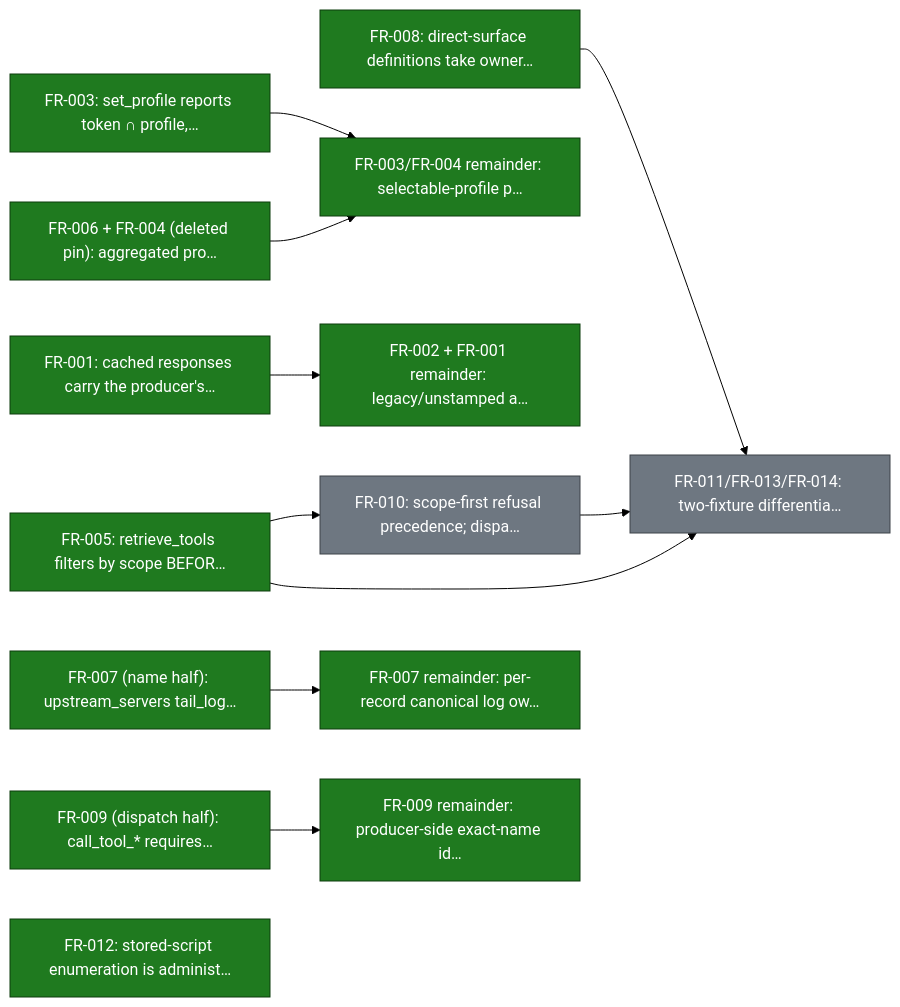
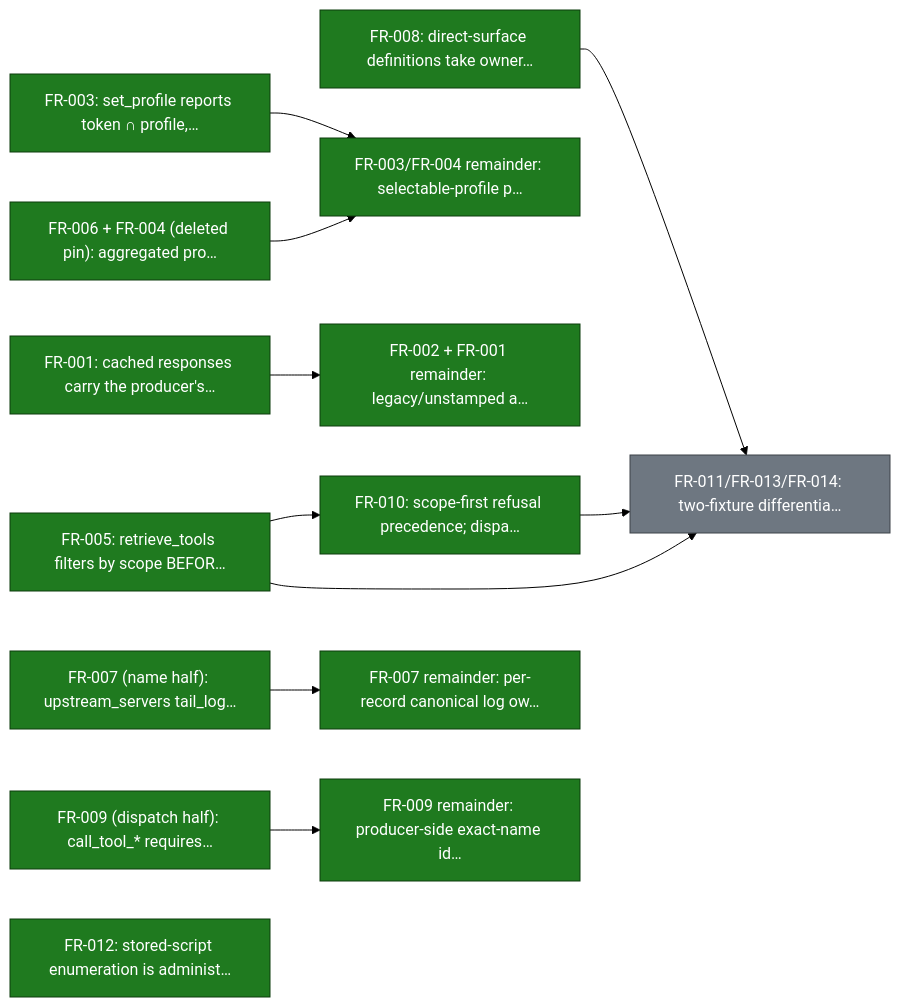
One commit to smart-mcp-proxy/mcpproxy-go changed the fifth of 24 diagrams in ROADMAP.md. Above: the diagram before and after it, drawn with Mermaid (forest theme). The commit also changed other lines of this file and 1 other file, not shown here.

Commit message:
docs: flip roadmap.yaml scope-refusal-shapes to done
Spec 105 PR G (#1328) merged; roadmap.yaml still read status: todo.

````diff
--- a/ROADMAP.md
+++ b/ROADMAP.md
@@ -216,32 +216,32 @@
 ```mermaid
 graph LR
   scope_fix_target_tier["FR-009 (dispatch half): call_tool_* requires…"]
   scope_fix_tail_log["FR-007 (name half): upstream_servers tail_log…"]
   scope_fix_set_profile["FR-003: set_profile reports token ∩ profile,…"]
   scope_fix_read_cache["FR-001: cached responses carry the producer's…"]
   scope_fix_prompts_profile_url["FR-006 + FR-004 (deleted pin): aggregated pro…"]
   scope_retrieve_tools["FR-005: retrieve_tools filters by scope BEFOR…"]
   scope_direct_publication["FR-008: direct-surface definitions take owner…"]
   scope_refusal_shapes["FR-010: scope-first refusal precedence; dispa…"]
   scope_selectable_profile_predicate["FR-003/FR-004 remainder: selectable-profile p…"]
   scope_cache_legacy_invalidation["FR-002 + FR-001 remainder: legacy/unstamped a…"]
   scope_log_attribution["FR-007 remainder: per-record canonical log ow…"]
   scope_target_identity_producers["FR-009 remainder: producer-side exact-name id…"]
   scope_fix_stored_script_admin["FR-012: stored-script enumeration is administ…"]
   scope_regression_suite["FR-011/FR-013/FR-014: two-fixture differentia…"]
 
   scope_retrieve_tools --> scope_refusal_shapes
   scope_fix_set_profile --> scope_selectable_profile_predicate
   scope_fix_prompts_profile_url --> scope_selectable_profile_predicate
   scope_fix_read_cache --> scope_cache_legacy_invalidation
   scope_fix_tail_log --> scope_log_attribution
   scope_fix_target_tier --> scope_target_identity_producers
   scope_retrieve_tools --> scope_regression_suite
   scope_direct_publication --> scope_regression_suite
   scope_refusal_shapes --> scope_regression_suite
 
   classDef done fill:#1f7a1f,stroke:#0d3d0d,color:#ffffff;
   classDef todo fill:#6e7781,stroke:#3d4248,color:#ffffff;
-  class scope_fix_target_tier,scope_fix_tail_log,scope_fix_set_profile,scope_fix_read_cache,scope_fix_prompts_profile_url,scope_retrieve_tools,scope_direct_publication,scope_selectable_profile_predicate,scope_cache_legacy_invalidation,scope_log_attribution,scope_target_identity_producers,scope_fix_stored_script_admin done;
-  class scope_refusal_shapes,scope_regression_suite todo;
+  class scope_fix_target_tier,scope_fix_tail_log,scope_fix_set_profile,scope_fix_read_cache,scope_fix_prompts_profile_url,scope_retrieve_tools,scope_direct_publication,scope_refusal_shapes,scope_selectable_profile_predicate,scope_cache_legacy_invalidation,scope_log_attribution,scope_target_identity_producers,scope_fix_stored_script_admin done;
+  class scope_regression_suite todo;
 ```
````
